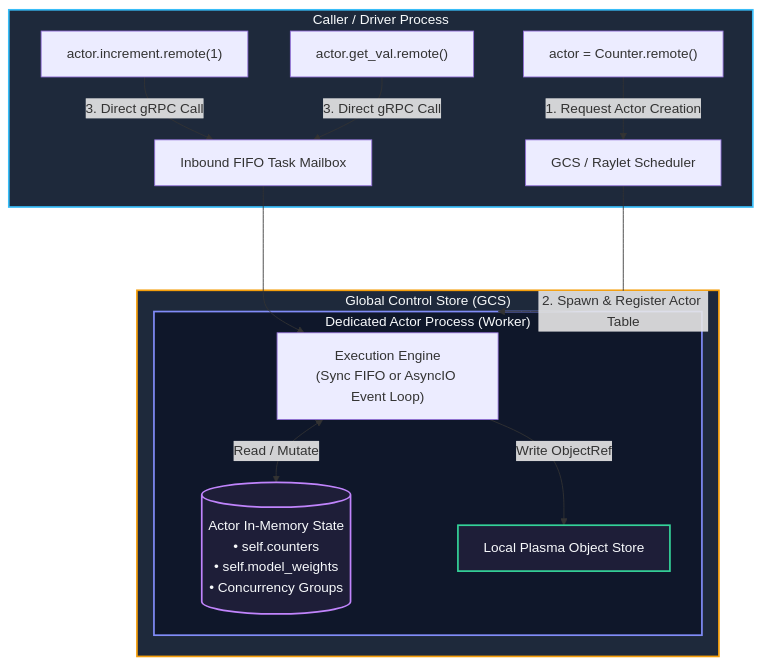
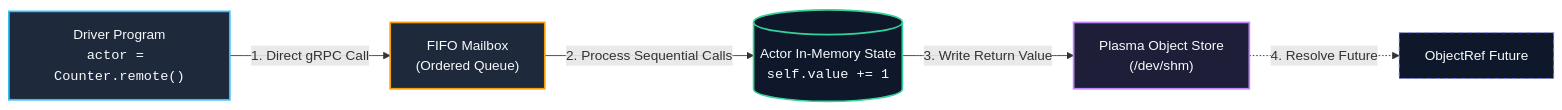
Before and after one commit to dnf0/raylings: the diagram in docs/guides/02-actors.md, drawn with Mermaid. The commit also changed other lines of this file and 22 other files, not shown here.

Commit message:
docs: streamline mermaid diagrams and attach conceptual walkthroughs (#26)

````diff
--- a/docs/guides/02-actors.md
+++ b/docs/guides/02-actors.md
@@ -17,24 +17,13 @@
 ```mermaid
-flowchart TD
-    subgraph CallerProcess["Caller / Driver Process"]
-        A_Inst["actor = Counter.remote()"] -->|"1. Request Actor Creation"| GCS["GCS / Raylet Scheduler"]
-        A_Call1["actor.increment.remote(1)"] -->|"3. Direct gRPC Call"| A_Mailbox["Inbound FIFO Task Mailbox"]
-        A_Call2["actor.get_val.remote()"] -->|"3. Direct gRPC Call"| A_Mailbox
-    end
+flowchart LR
+    Driver["Driver Program<br/><code>actor = Counter.remote()</code>"] -->|"1. Direct gRPC Call"| Mailbox["FIFO Mailbox<br/>(Ordered Queue)"]
+    Mailbox -->|"2. Process Sequential Calls"| State[("Actor In-Memory State<br/><code>self.value += 1</code>")]
+    State -->|"3. Write Return Value"| Plasma["Plasma Object Store<br/>(/dev/shm)"]
+    Plasma -.->|"4. Resolve Future"| ObjectRef["ObjectRef Future"]
 
-    subgraph DedicatedActor["Dedicated Actor Process (Worker)"]
-        A_Mailbox --> A_Loop["Execution Engine<br/>(Sync FIFO or AsyncIO Event Loop)"]
-        A_Loop <-->|"Read / Mutate"| A_State[("Actor In-Memory State<br/>• self.counters<br/>• self.model_weights<br/>• Concurrency Groups")]
-        A_Loop -->|"Write ObjectRef"| A_Plasma["Local Plasma Object Store"]
-    end
-
-    subgraph GlobalPlane["Global Control Store (GCS)"]
-        GCS -->|"2. Spawn & Register Actor Table"| DedicatedActor
-    end
-
-    style CallerProcess fill:#1e293b,stroke:#38bdf8,stroke-width:2px,color:#f8fafc
-    style DedicatedActor fill:#0f172a,stroke:#818cf8,stroke-width:2px,color:#f8fafc
-    style GlobalPlane fill:#1e293b,stroke:#f59e0b,stroke-width:2px,color:#f8fafc
-    style A_State fill:#1e1e38,stroke:#c084fc,stroke-width:2px,color:#f8fafc
-    style A_Plasma fill:#1e1e38,stroke:#34d399,stroke-width:2px,color:#f8fafc
+    style Driver fill:#1e293b,stroke:#38bdf8,stroke-width:2px,color:#f8fafc
+    style Mailbox fill:#1e293b,stroke:#f59e0b,stroke-width:2px,color:#f8fafc
+    style State fill:#0f172a,stroke:#34d399,stroke-width:2px,color:#f8fafc
+    style Plasma fill:#1e1e38,stroke:#c084fc,stroke-width:2px,color:#f8fafc
+    style ObjectRef fill:#0f172a,stroke:#818cf8,stroke-width:1px,stroke-dasharray: 5 5,color:#f8fafc
 ```
````
